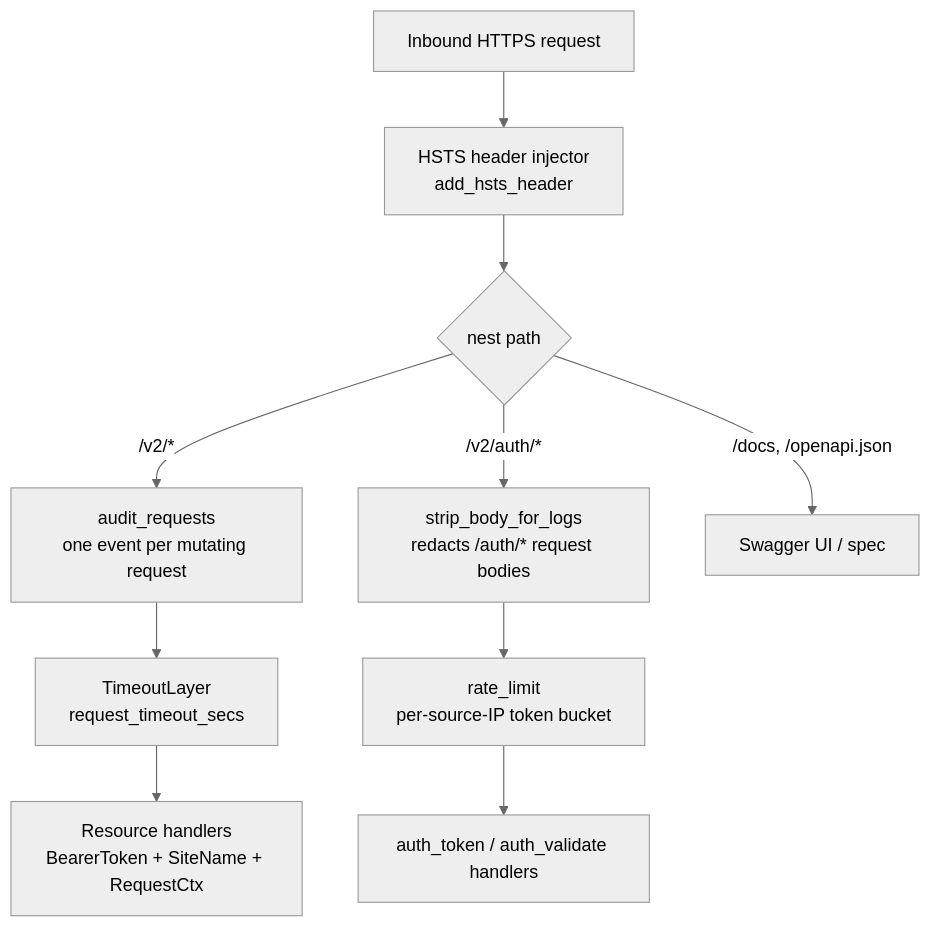
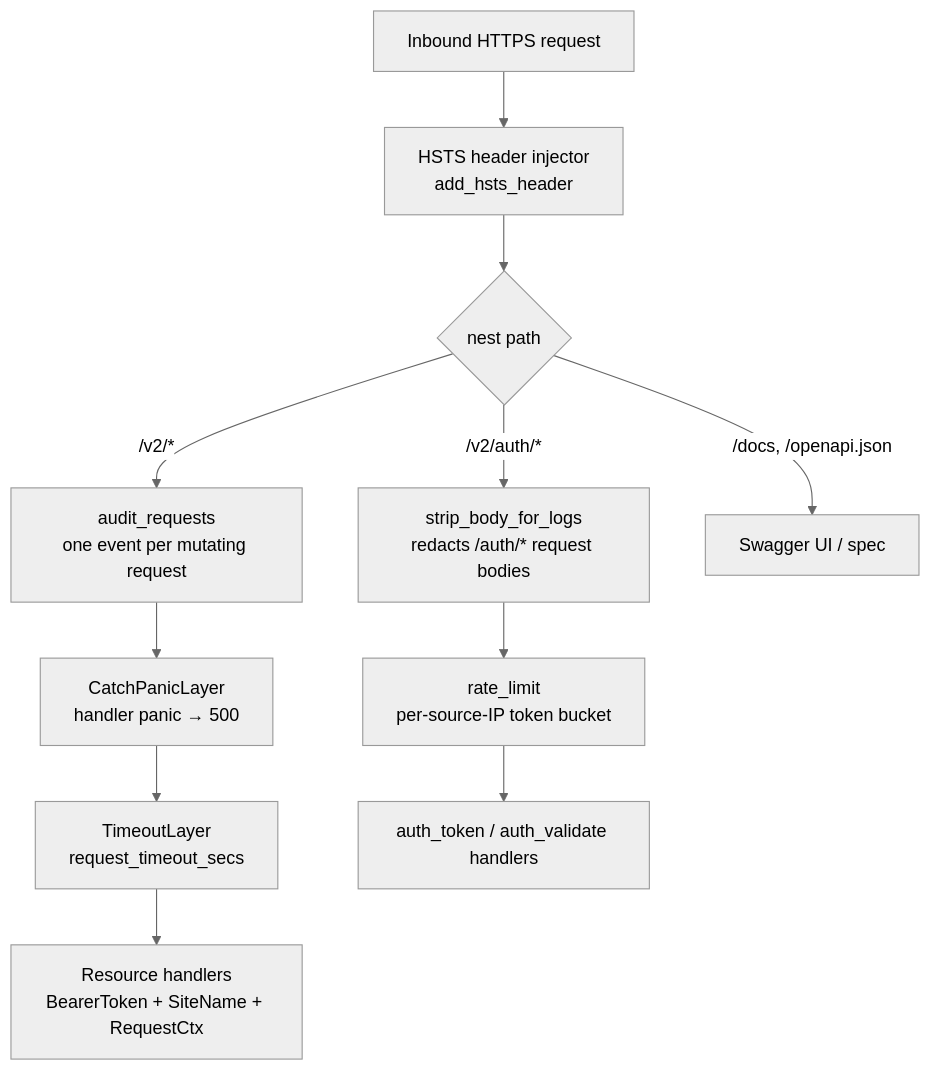
Before and after one commit to eth-cscs/manta: the third of 3 diagrams in ARCHITECTURE.md, drawn with Mermaid (neutral theme). The commit also changed other lines of this file and 2 other files, not shown here.

Commit message:
fix(server): audit requests whose handler panics
A panic unwound through the audit middleware before it emitted, so a
mutation that panicked midway left no audit event. Add tower-http's
`CatchPanicLayer` between the audit layer and the timeout: the panic
becomes a 500, which the audit layer records as `failed`.

Claude-Session: https://claude.ai/code/session_014qHZQsLC7Zcprz4XjpbvCP

````diff
--- a/ARCHITECTURE.md
+++ b/ARCHITECTURE.md
@@ -338,15 +338,16 @@
 ```mermaid
 flowchart TD
     Req[Inbound HTTPS request] --> HSTS[HSTS header injector<br/>add_hsts_header]
     HSTS --> Split{nest path}
 
     Split -->|/v2/*| Aud[audit_requests<br/>one event per mutating request]
-    Aud --> Tmo[TimeoutLayer<br/>request_timeout_secs]
+    Aud --> Panic[CatchPanicLayer<br/>handler panic → 500]
+    Panic --> Tmo[TimeoutLayer<br/>request_timeout_secs]
     Tmo --> Hdlr[Resource handlers<br/>BearerToken + SiteName + RequestCtx]
 
     Split -->|/v2/auth/*| StripBody[strip_body_for_logs<br/>redacts /auth/* request bodies]
     StripBody --> RL[rate_limit<br/>per-source-IP token bucket]
     RL --> AuthH[auth_token / auth_validate handlers]
 
     Split -->|/docs, /openapi.json| Swagger[Swagger UI / spec]
 ```
````
